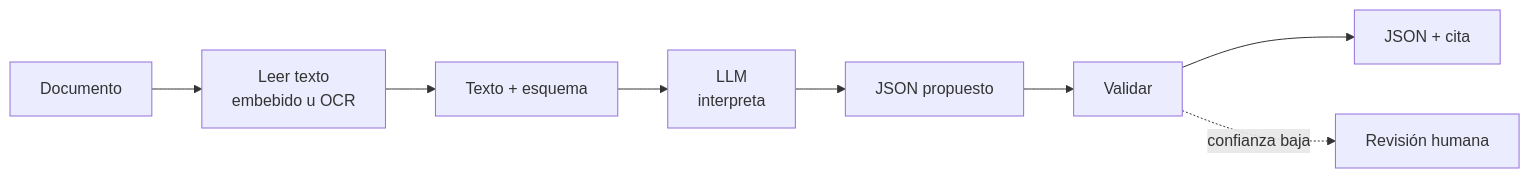
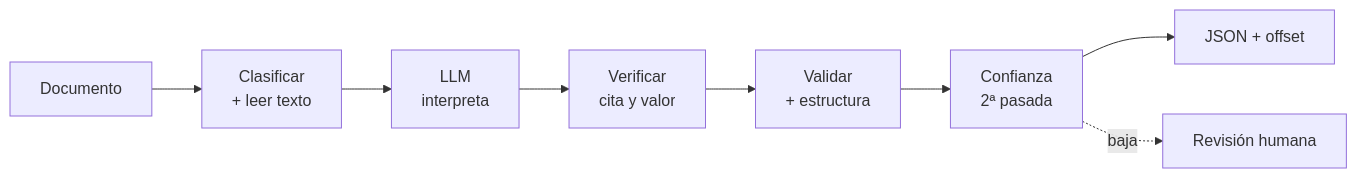
One commit to mariogarcia-ar/docflow changed the second of 4 diagrams in README.md. Above: the diagram before and after it, drawn with Mermaid. The commit also changed other lines of this file, not shown here.

````diff
--- a/README.md
+++ b/README.md
@@ -40,10 +44,10 @@
 ```mermaid
 graph LR
-    A["Documento"] --> B["Leer texto<br/>embebido u OCR"]
-    B --> C["Texto + esquema"]
-    C --> D["LLM<br/>interpreta"]
-    D --> E["JSON propuesto"]
-    E --> F["Validar"]
-    F --> G["JSON + cita"]
-    F -.confianza baja.-> H["Revisión humana"]
+    A["Documento"] --> B["Clasificar<br/>+ leer texto"]
+    B --> C["LLM<br/>interpreta"]
+    C --> D["Verificar<br/>cita y valor"]
+    D --> E["Validar<br/>+ estructura"]
+    E --> F["Confianza<br/>2ª pasada"]
+    F --> G["JSON + offset"]
+    F -.baja.-> H["Revisión humana"]
 ```
````
